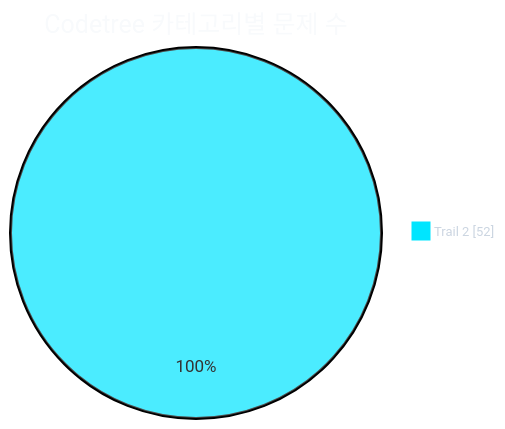
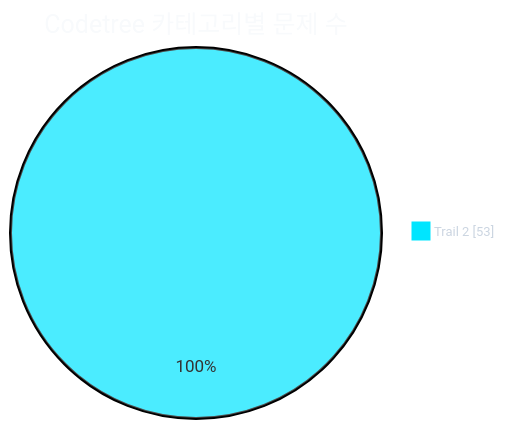
One commit to CHOOSLA/Algorithm changed the first of 2 diagrams in readme.md. Above: the diagram before and after it, drawn with Mermaid. The commit also changed other lines of this file and 2 other files, not shown here.

````diff
--- a/readme.md
+++ b/readme.md
@@ -31,21 +31,21 @@
 ```mermaid
 ---
 config:
   theme: base
   themeVariables:
     background: '#0d1117'
     pieTitleTextColor: '#f8fafc'
     pieLegendTextColor: '#cbd5e1'
     pieLegendTextSize: '13px'
     pie1: '#00e5ff'
     pie2: '#22c55e'
     pie3: '#f59e0b'
     pie4: '#a855f7'
     pie5: '#ec4899'
     pie6: '#3b82f6'
     pie7: '#64748b'
 ---
 pie showData
   title Codetree 카테고리별 문제 수
-  "Trail 2" : 52
+  "Trail 2" : 53
 ```
````
